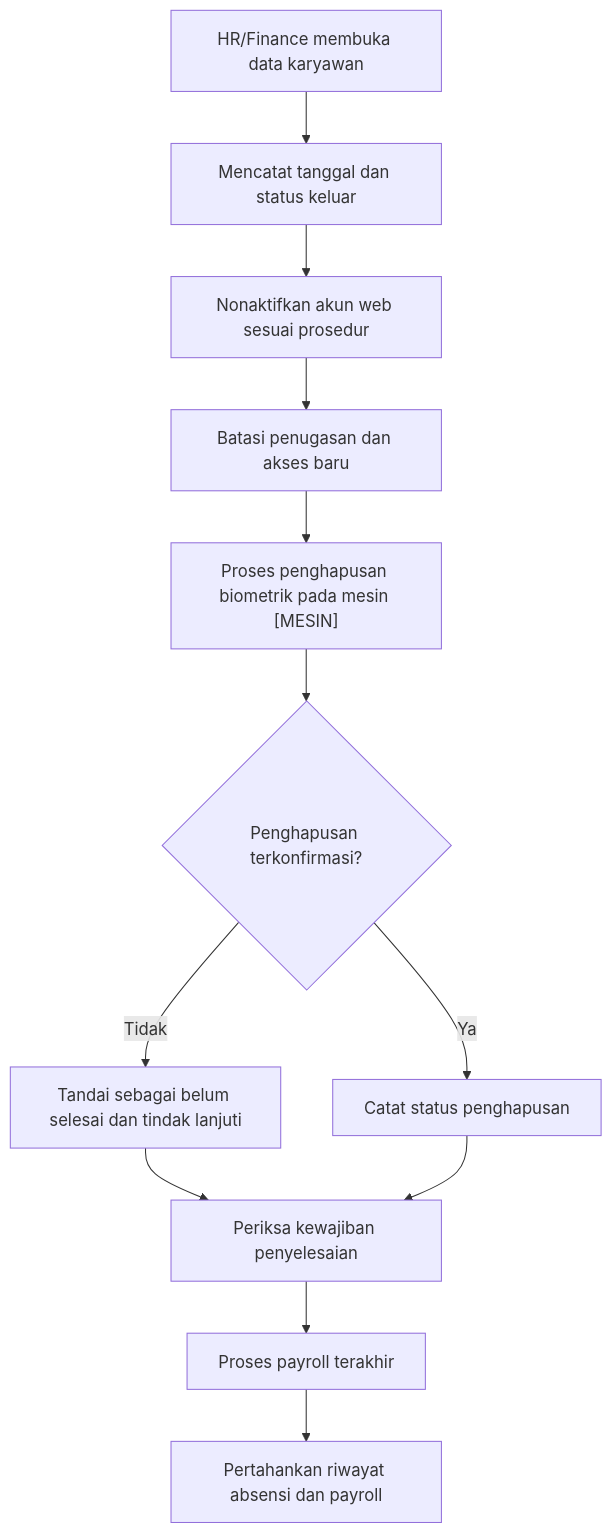
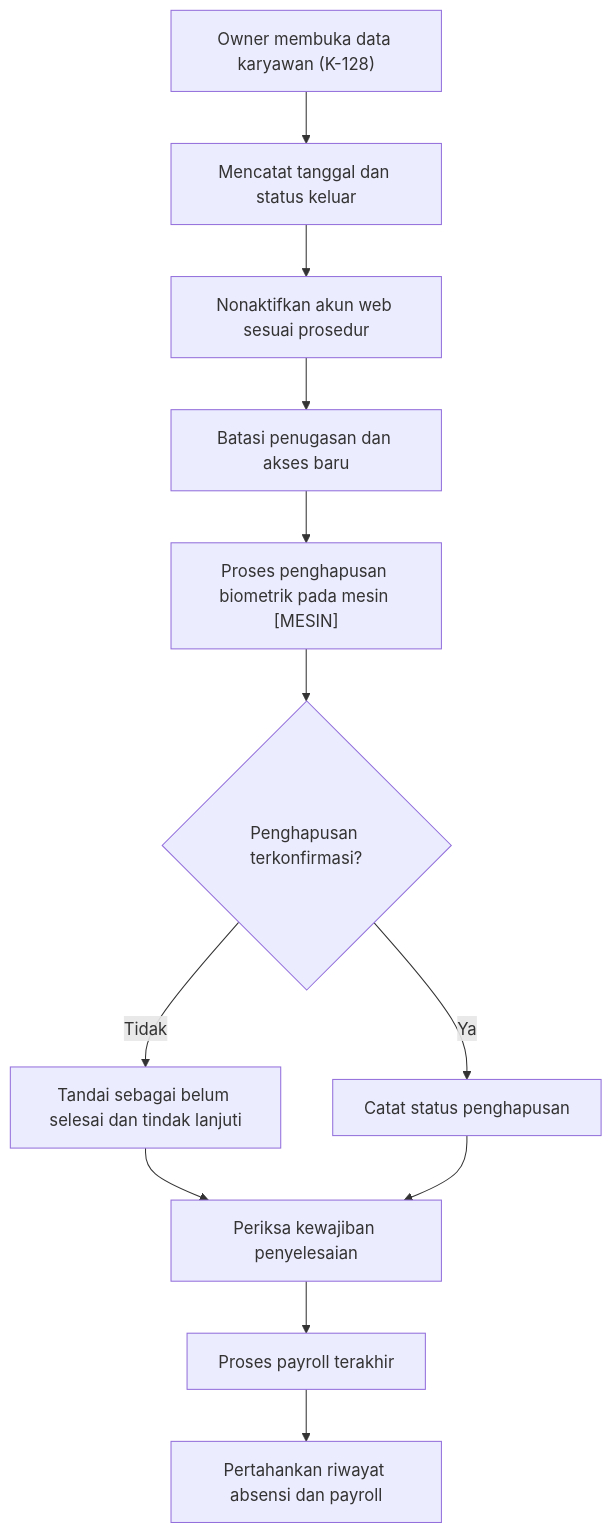
Before and after one commit to nflFauzan/Biometric-Attendence-System: diagram 11 of 13 in docs/alur.md, drawn with Mermaid. The commit also changed other lines of this file and 10 other files, not shown here.

````diff
--- a/docs/alur.md
+++ b/docs/alur.md
@@ -428,14 +432,14 @@
 ```mermaid
 flowchart TD
-    A["HR/Finance membuka data karyawan"] --> B["Mencatat tanggal dan status keluar"]
+    A["Owner membuka data karyawan (K-128)"] --> B["Mencatat tanggal dan status keluar"]
     B --> C["Nonaktifkan akun web sesuai prosedur"]
     C --> D["Batasi penugasan dan akses baru"]
     D --> E["Proses penghapusan biometrik pada mesin [MESIN]"]
     E --> F{"Penghapusan terkonfirmasi?"}
     F -- "Tidak" --> G["Tandai sebagai belum selesai dan tindak lanjuti"]
     F -- "Ya" --> H["Catat status penghapusan"]
     G --> I["Periksa kewajiban penyelesaian"]
     H --> I
     I --> J["Proses payroll terakhir"]
     J --> K["Pertahankan riwayat absensi dan payroll"]
 ```
````
